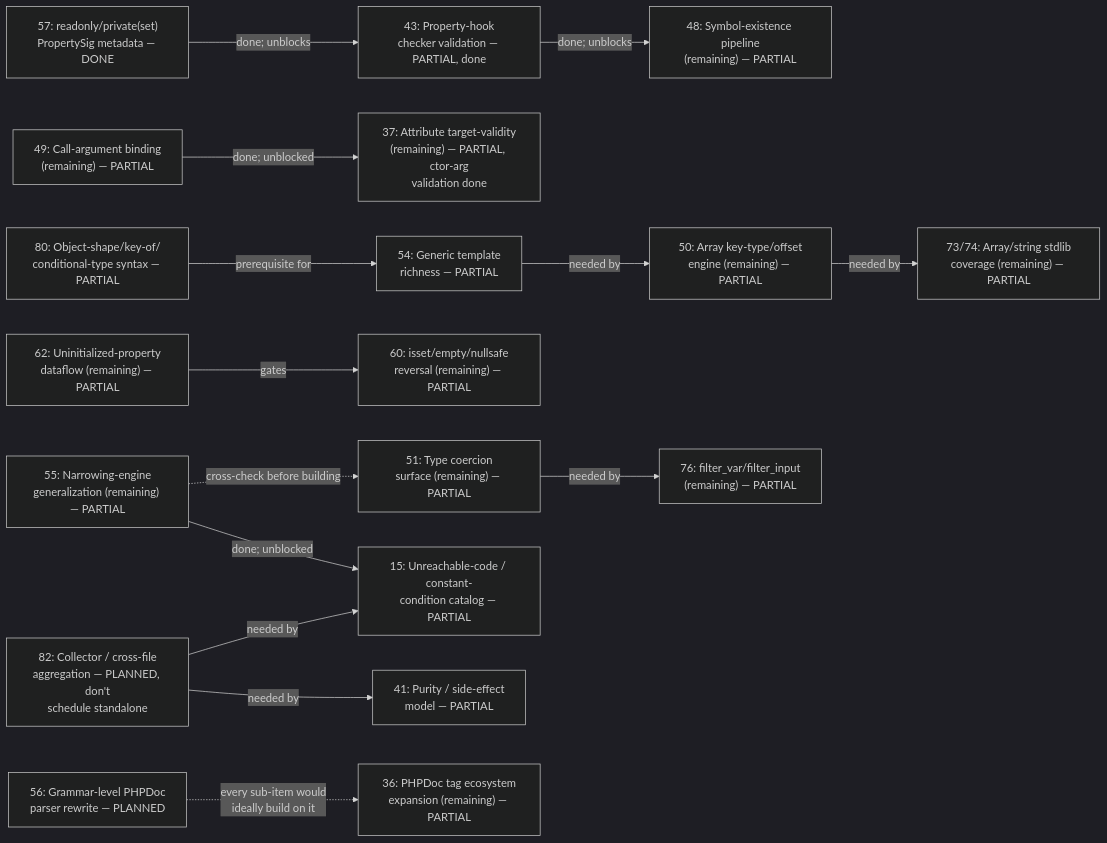
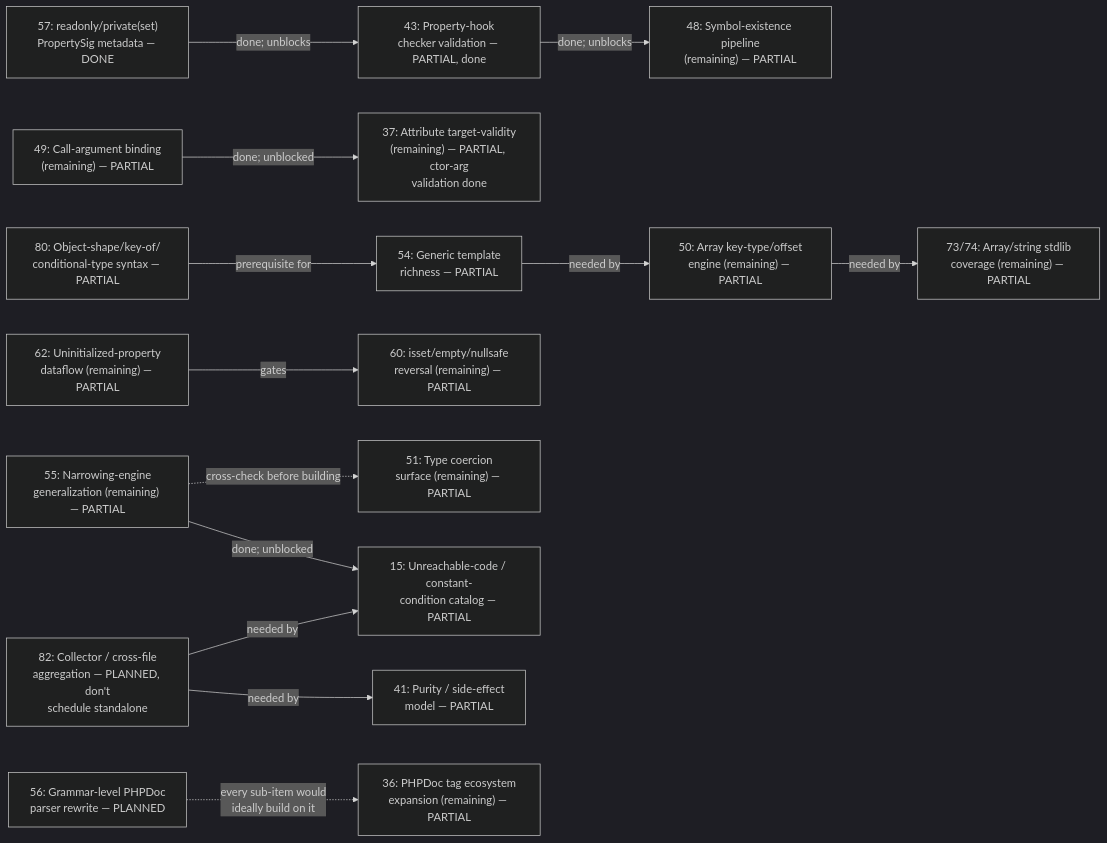
The diagram in PHASE_DEPENDENCIES.md (darktorres/phpstan-rs), drawn with Mermaid (dark theme) before and after one commit. The commit also changed other lines of this file and 1 other file, not shown here.

First line of the commit message:
Document Phase 76 follow-up: filter_var() options-array range narrowing

````diff
--- a/PHASE_DEPENDENCIES.md
+++ b/PHASE_DEPENDENCIES.md
@@ -15,36 +15,34 @@
 ```mermaid
 graph LR
     P57["57: readonly/private(set)\nPropertySig metadata — DONE"]
     P43["43: Property-hook\nchecker validation — PARTIAL, done"]
     P48["48: Symbol-existence pipeline\n(remaining) — PARTIAL"]
     P49["49: Call-argument binding\n(remaining) — PARTIAL"]
     P37["37: Attribute target-validity\n(remaining) — PARTIAL, ctor-arg\nvalidation done"]
     P54["54: Generic template\nrichness — PARTIAL"]
     P50["50: Array key-type/offset\nengine (remaining) — PARTIAL"]
     P80["80: Object-shape/key-of/\nconditional-type syntax — PARTIAL"]
     P51["51: Type coercion\nsurface (remaining) — PARTIAL"]
-    P76["76: filter_var/filter_input\n(remaining) — PARTIAL"]
     P73["73/74: Array/string stdlib\ncoverage (remaining) — PARTIAL"]
     P62["62: Uninitialized-property\ndataflow (remaining) — PARTIAL"]
     P60["60: isset/empty/nullsafe\nreversal (remaining) — PARTIAL"]
     P82["82: Collector / cross-file\naggregation — PLANNED, don't\nschedule standalone"]
     P41["41: Purity / side-effect\nmodel — PARTIAL"]
     P15["15: Unreachable-code / constant-\ncondition catalog — PARTIAL"]
     P55["55: Narrowing-engine\ngeneralization (remaining) — PARTIAL"]
     P56["56: Grammar-level PHPDoc\nparser rewrite — PLANNED"]
     P36["36: PHPDoc tag ecosystem\nexpansion (remaining) — PARTIAL"]
 
     P57 -->|done; unblocks| P43
     P43 -->|done; unblocks| P48
     P49 -->|done; unblocked| P37
     P54 -->|needed by| P50
     P80 -->|prerequisite for| P54
-    P51 -->|needed by| P76
     P50 -->|needed by| P73
     P62 -->|gates| P60
     P82 -->|needed by| P41
     P82 -->|needed by| P15
     P55 -->|done; unblocked| P15
     P55 -.->|cross-check before building| P51
     P56 -.->|every sub-item would\nideally build on it| P36
 ```
````
